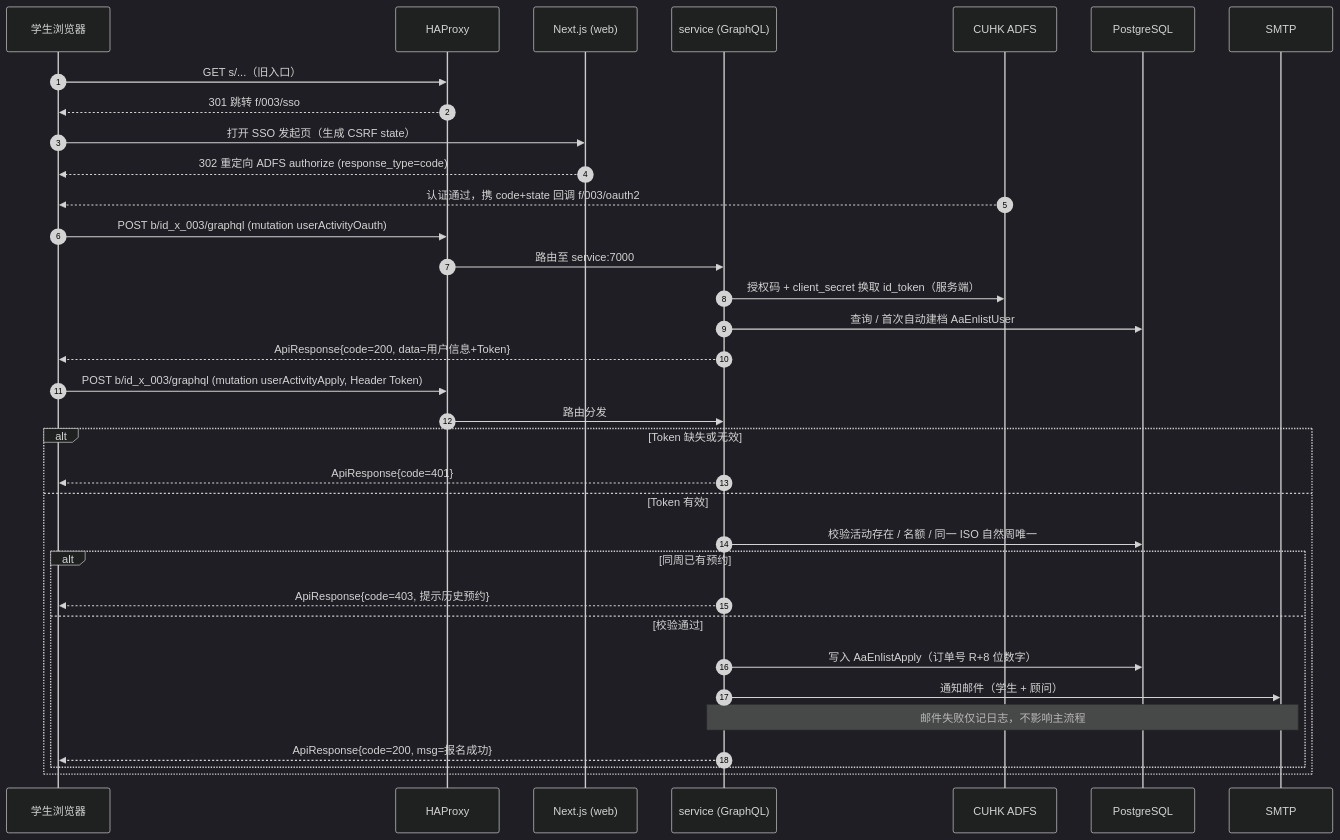
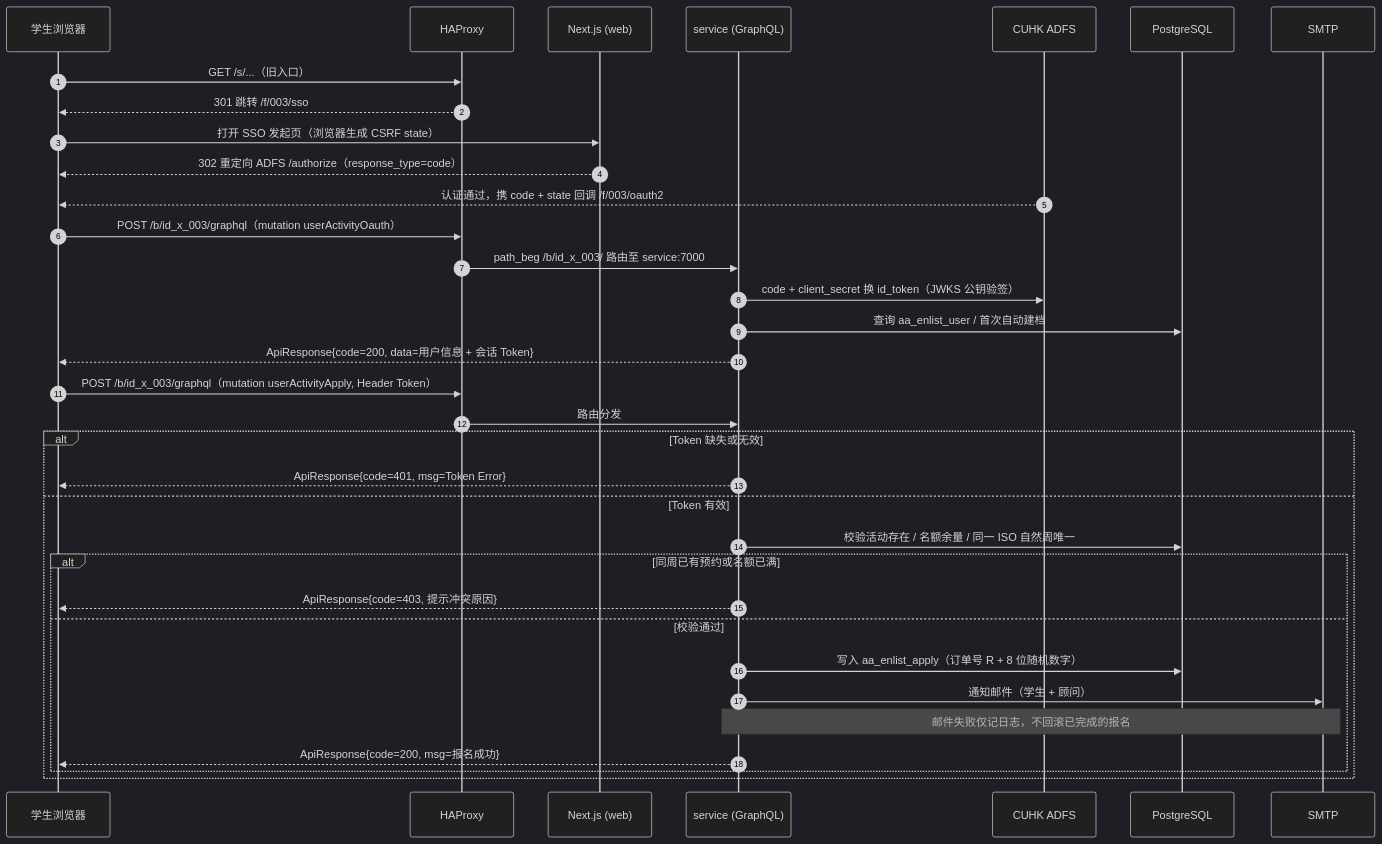
One commit to i-TorchLabs/id_x_003 changed the second of 2 diagrams in README.md. Above: the diagram before and after it, drawn with Mermaid (dark theme). The commit also changed other lines of this file, not shown here.

````diff
--- a/README.md
+++ b/README.md
@@ -122,38 +121,38 @@
 ```mermaid
 sequenceDiagram
     autonumber
     participant B as 学生浏览器
     participant H as HAProxy
     participant W as Next.js (web)
     participant S as service (GraphQL)
     participant A as CUHK ADFS
     participant D as PostgreSQL
     participant M as SMTP
 
-    B->>H: GET s/...（旧入口）
-    H-->>B: 301 跳转 f/003/sso
-    B->>W: 打开 SSO 发起页（生成 CSRF state）
-    W-->>B: 302 重定向 ADFS authorize (response_type=code)
-    A-->>B: 认证通过，携 code+state 回调 f/003/oauth2
-    B->>H: POST b/id_x_003/graphql (mutation userActivityOauth)
-    H->>S: 路由至 service:7000
-    S->>A: 授权码 + client_secret 换取 id_token（服务端）
-    S->>D: 查询 / 首次自动建档 AaEnlistUser
-    S-->>B: ApiResponse{code=200, data=用户信息+Token}
+    B->>H: GET /s/...（旧入口）
+    H-->>B: 301 跳转 /f/003/sso
+    B->>W: 打开 SSO 发起页（浏览器生成 CSRF state）
+    W-->>B: 302 重定向 ADFS /authorize（response_type=code）
+    A-->>B: 认证通过，携 code + state 回调 /f/003/oauth2
+    B->>H: POST /b/id_x_003/graphql（mutation userActivityOauth）
+    H->>S: path_beg /b/id_x_003/ 路由至 service:7000
+    S->>A: code + client_secret 换 id_token（JWKS 公钥验签）
+    S->>D: 查询 aa_enlist_user / 首次自动建档
+    S-->>B: ApiResponse{code=200, data=用户信息 + 会话 Token}
 
-    B->>H: POST b/id_x_003/graphql (mutation userActivityApply, Header Token)
+    B->>H: POST /b/id_x_003/graphql（mutation userActivityApply, Header Token）
     H->>S: 路由分发
     alt Token 缺失或无效
-        S-->>B: ApiResponse{code=401}
+        S-->>B: ApiResponse{code=401, msg=Token Error}
     else Token 有效
-        S->>D: 校验活动存在 / 名额 / 同一 ISO 自然周唯一
-        alt 同周已有预约
-            S-->>B: ApiResponse{code=403, 提示历史预约}
+        S->>D: 校验活动存在 / 名额余量 / 同一 ISO 自然周唯一
+        alt 同周已有预约或名额已满
+            S-->>B: ApiResponse{code=403, 提示冲突原因}
         else 校验通过
-            S->>D: 写入 AaEnlistApply（订单号 R+8 位数字）
+            S->>D: 写入 aa_enlist_apply（订单号 R + 8 位随机数字）
             S->>M: 通知邮件（学生 + 顾问）
-            Note over S,M: 邮件失败仅记日志，不影响主流程
+            Note over S,M: 邮件失败仅记日志，不回滚已完成的报名
             S-->>B: ApiResponse{code=200, msg=报名成功}
         end
     end
 ```
````
